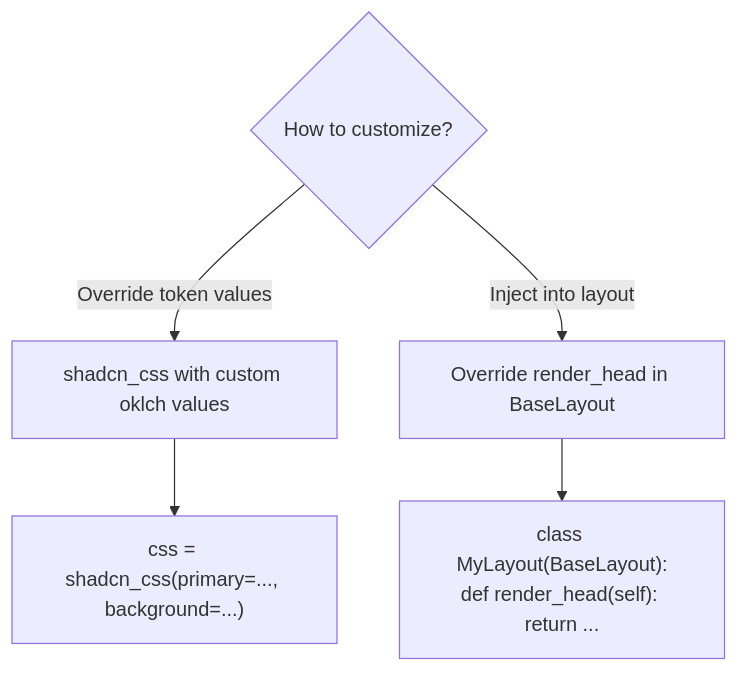
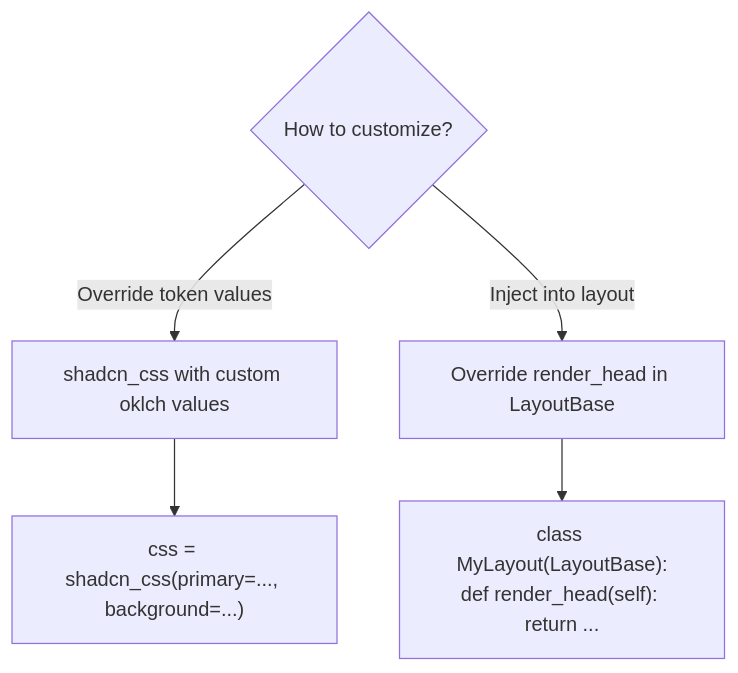
Before and after one commit to dbtinoy-/lexigram-framework-docs: the second of 3 diagrams in src/content/docs/experimental/lexigram-ui/docs/HOWTOS.md, drawn with Mermaid. The commit also changed other lines of this file and 66 other files, not shown here.

````diff
--- a/src/content/docs/experimental/lexigram-ui/docs/HOWTOS.md
+++ b/src/content/docs/experimental/lexigram-ui/docs/HOWTOS.md
@@ -77,8 +77,8 @@
 ```mermaid
 flowchart TD
     Q{How to customize?}
     Q-->|Override token values| C1[shadcn_css with custom oklch values]
     C1-->C1a["css = shadcn_css(primary=..., background=...)"]
-    Q-->|Inject into layout| C2[Override render_head in BaseLayout]
-    C2-->C2a["class MyLayout(BaseLayout):<br/>def render_head(self): return ..."]
+    Q-->|Inject into layout| C2[Override render_head in LayoutBase]
+    C2-->C2a["class MyLayout(LayoutBase):<br/>def render_head(self): return ..."]
 ```
````
